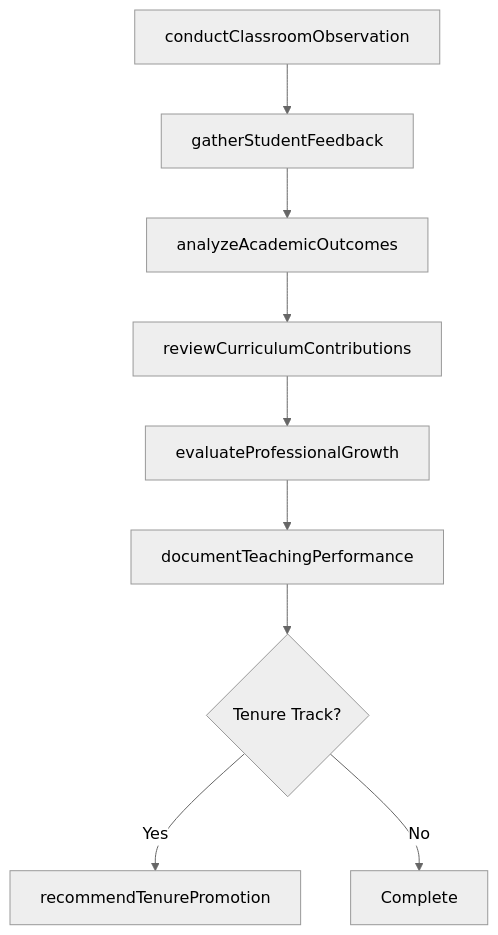
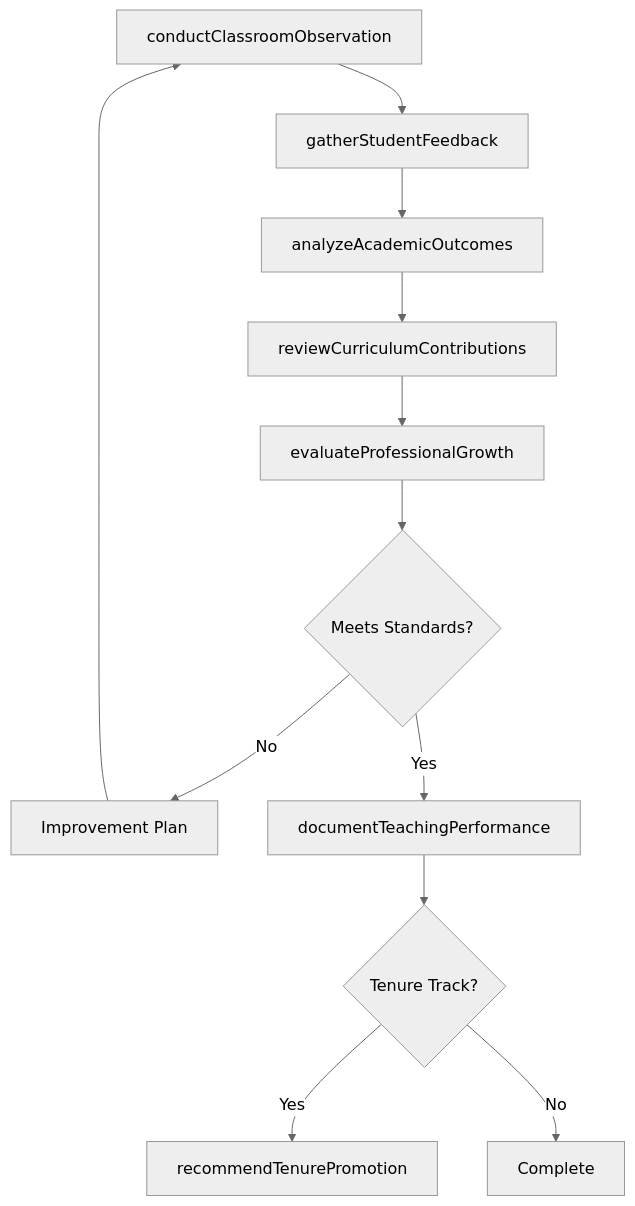
Before and after one commit to dot-org-ai/tasks.org.ai: the third of 4 diagrams in JudgingTheQualitiesOfObjectsServicesOrPeople/EvaluatePersonnelCapabilitiesOrPerformance/EvaluatePerformanceEducationalStaff.mdx, drawn with Mermaid (neutral theme). The commit also changed other lines of this file and 307 other files, not shown here.

First line of the commit message:
feat: Add ER diagrams and state diagrams to remaining 308 DWA task files (wave 3 complete)

````diff
--- a/JudgingTheQualitiesOfObjectsServicesOrPeople/EvaluatePersonnelCapabilitiesOrPerformance/EvaluatePerformanceEducationalStaff.mdx
+++ b/JudgingTheQualitiesOfObjectsServicesOrPeople/EvaluatePersonnelCapabilitiesOrPerformance/EvaluatePerformanceEducationalStaff.mdx
@@ -87,11 +114,14 @@
 ```mermaid
 graph TD
     A[conductClassroomObservation] --> B[gatherStudentFeedback]
     B --> C[analyzeAcademicOutcomes]
     C --> D[reviewCurriculumContributions]
     D --> E[evaluateProfessionalGrowth]
-    E --> F[documentTeachingPerformance]
-    F --> G{Tenure Track?}
-    G -->|Yes| H[recommendTenurePromotion]
-    G -->|No| I[Complete]
+    E --> F{Meets Standards?}
+    F -->|No| G[Improvement Plan]
+    G --> A
+    F -->|Yes| H[documentTeachingPerformance]
+    H --> I{Tenure Track?}
+    I -->|Yes| J[recommendTenurePromotion]
+    I -->|No| K[Complete]
 ```
````
